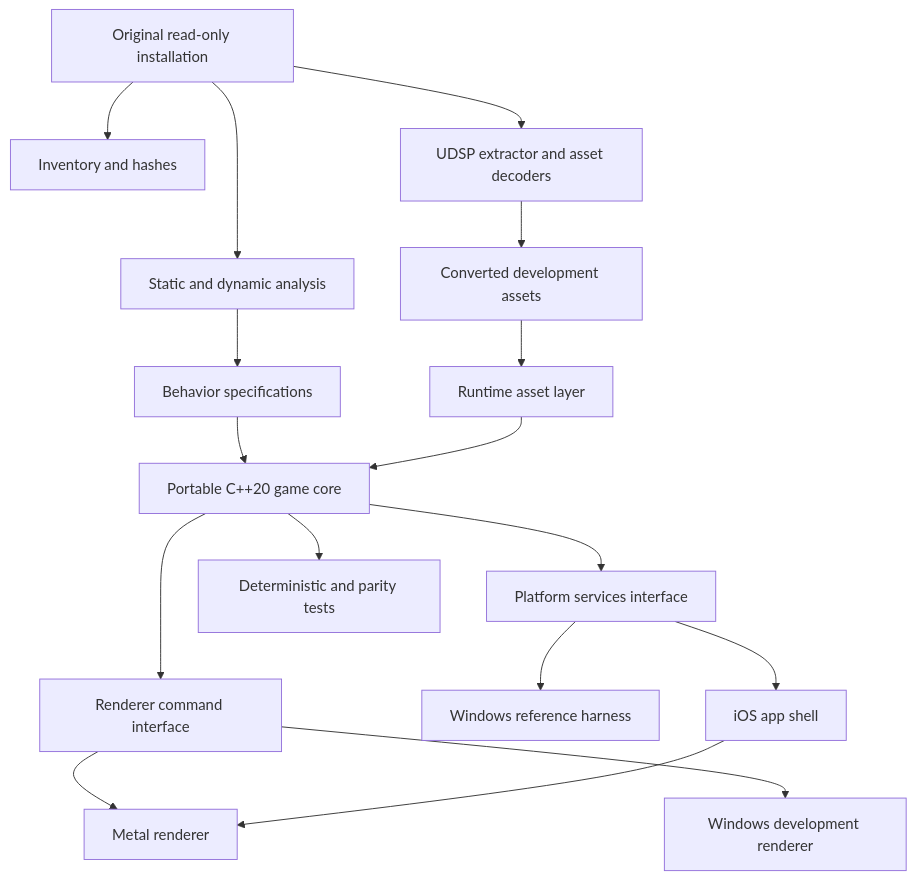
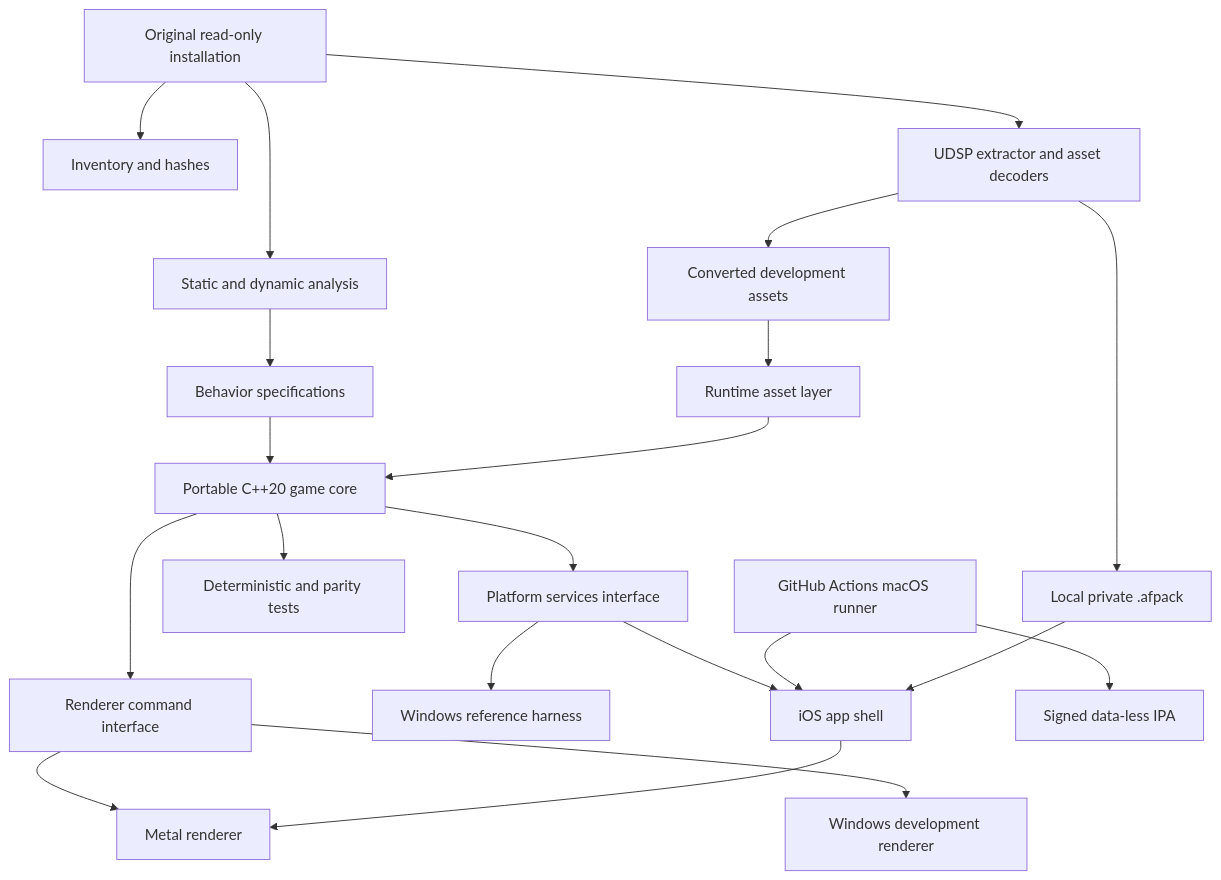
One commit to tryk016/airfix-dogfighter changed the diagram in docs/ARCHITECTURE.md. Above: the diagram before and after it, drawn with Mermaid. The commit also changed other lines of this file and 13 other files, not shown here.

Commit message:
docs: adopt GitHub Actions iOS build matrix

````diff
--- a/docs/ARCHITECTURE.md
+++ b/docs/ARCHITECTURE.md
@@ -24,19 +24,23 @@
 ```mermaid
 flowchart TD
     A["Original read-only installation"] --> B["Inventory and hashes"]
     A --> C["Static and dynamic analysis"]
     A --> D["UDSP extractor and asset decoders"]
     C --> E["Behavior specifications"]
     D --> F["Converted development assets"]
     E --> G["Portable C++20 game core"]
     F --> H["Runtime asset layer"]
     G --> I["Platform services interface"]
     G --> J["Renderer command interface"]
     H --> G
     I --> K["Windows reference harness"]
     I --> L["iOS app shell"]
     J --> M["Windows development renderer"]
     J --> N["Metal renderer"]
     L --> N
     G --> O["Deterministic and parity tests"]
+    Q["GitHub Actions macOS runner"] --> L
+    Q --> P["Signed data-less IPA"]
+    D --> X["Local private .afpack"]
+    X --> L
 ```
````
